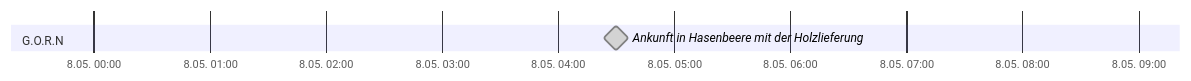
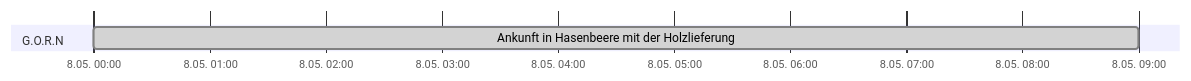
Diagram 15 of 20 in Kampagne/Timeline Kampagne 2.md (LorenJaffrey/DnD_PFT), drawn with Mermaid before and after one commit. The commit also changed 4 other files, not shown here.

````diff
--- a/Kampagne/Timeline Kampagne 2.md
+++ b/Kampagne/Timeline Kampagne 2.md
@@ -251,9 +251,9 @@
 ```mermaid
 gantt
 	dateFormat HH:mm
 	axisFormat %e.%m. %H:%M
 	tickinterval 1hour
 	weekday monday
 	section G.O.R.N
-		Ankunft in Hasenbeere mit der Holzlieferung: done, milestone, a1, 2024-05-08 00:00, 9h
+		Ankunft in Hasenbeere mit der Holzlieferung: done, a1, 2024-05-08 00:00, 9h
 ```
````
